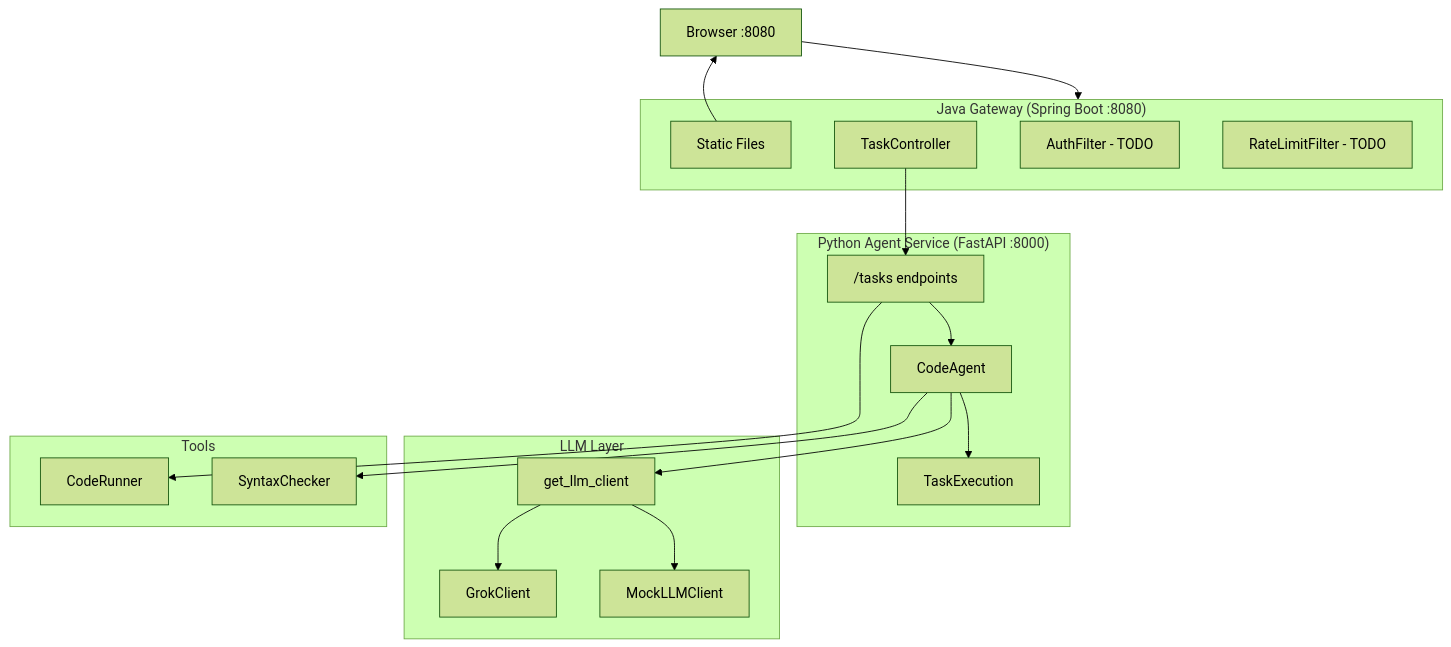
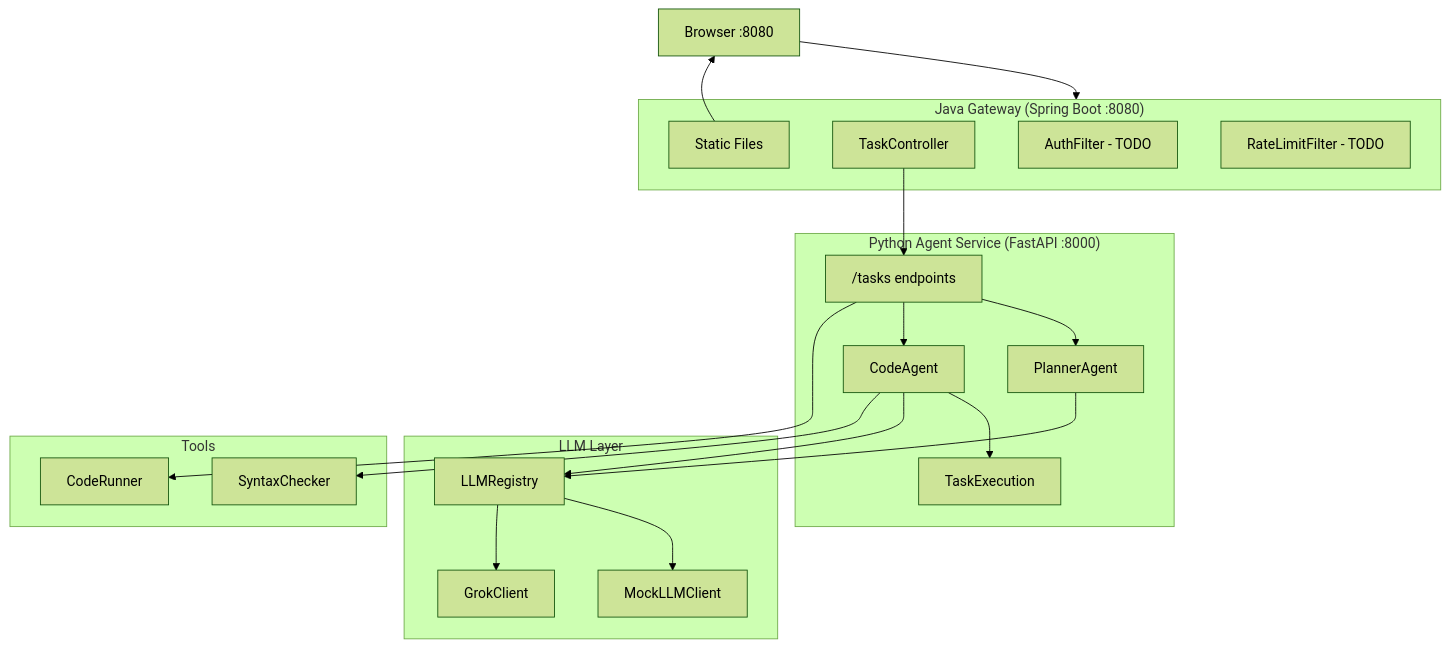
Before and after one commit to aregmii/langgraph-agentic-dev-starter: the first of 4 diagrams in CLAUDE.MD, drawn with Mermaid (forest theme). The commit also changed other lines of this file and 18 other files, not shown here.

First line of the commit message:
feat: Module 11 - Planner Agent + OpenRouter + Gateway Timeout

````diff
--- a/CLAUDE.MD
+++ b/CLAUDE.MD
@@ -20,39 +20,42 @@
 ```mermaid
 flowchart TB
     Browser[Browser :8080]
 
     subgraph Gateway["Java Gateway (Spring Boot :8080)"]
         Static[Static Files]
         TaskCtrl[TaskController]
         AuthFilter[AuthFilter - TODO]
         RateFilter[RateLimitFilter - TODO]
     end
 
     subgraph Agent["Python Agent Service (FastAPI :8000)"]
         Routes["/tasks endpoints"]
+        PlannerAgent[PlannerAgent]
         CodeAgent[CodeAgent]
         TaskExec[TaskExecution]
     end
 
     subgraph LLM["LLM Layer"]
-        Factory[get_llm_client]
+        Registry[LLMRegistry]
         Mock[MockLLMClient]
         Grok[GrokClient]
     end
 
     subgraph Tools["Tools"]
         Syntax[SyntaxChecker]
         Runner[CodeRunner]
     end
 
     Browser --> Gateway
     Static --> Browser
     TaskCtrl --> Routes
+    Routes --> PlannerAgent
+    PlannerAgent --> Registry
     Routes --> CodeAgent
     CodeAgent --> TaskExec
-    CodeAgent --> Factory
-    Factory --> Mock
-    Factory --> Grok
+    CodeAgent --> Registry
+    Registry --> Mock
+    Registry --> Grok
     CodeAgent --> Syntax
     Routes --> Runner
 ```
````
